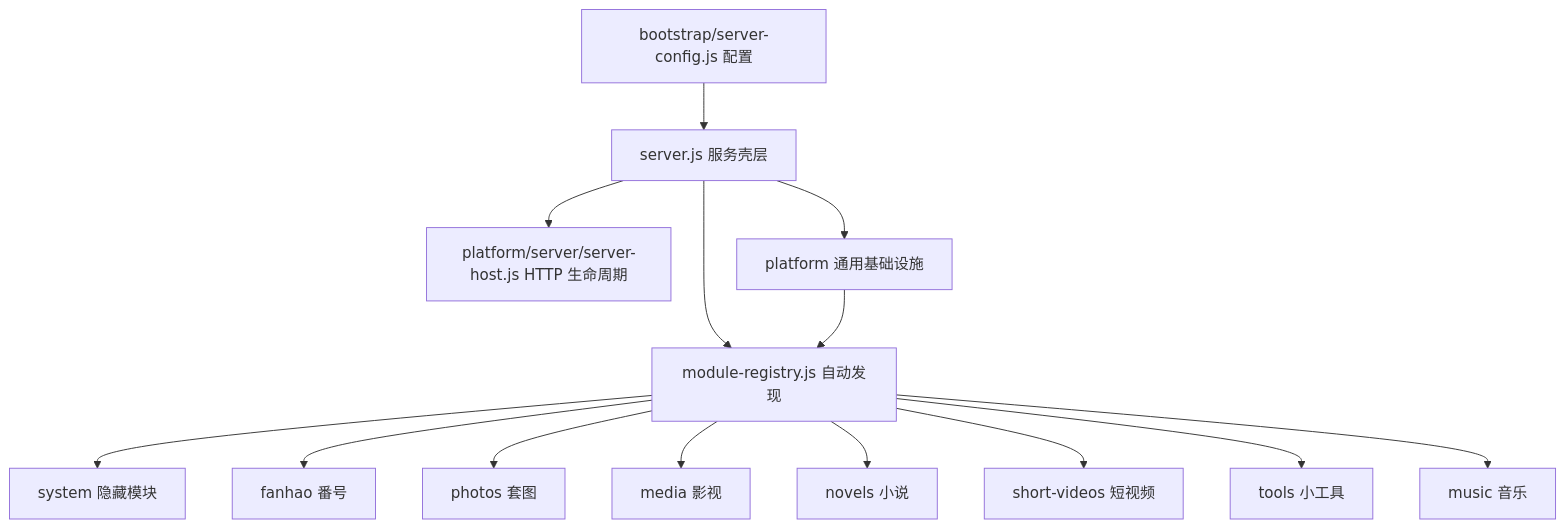
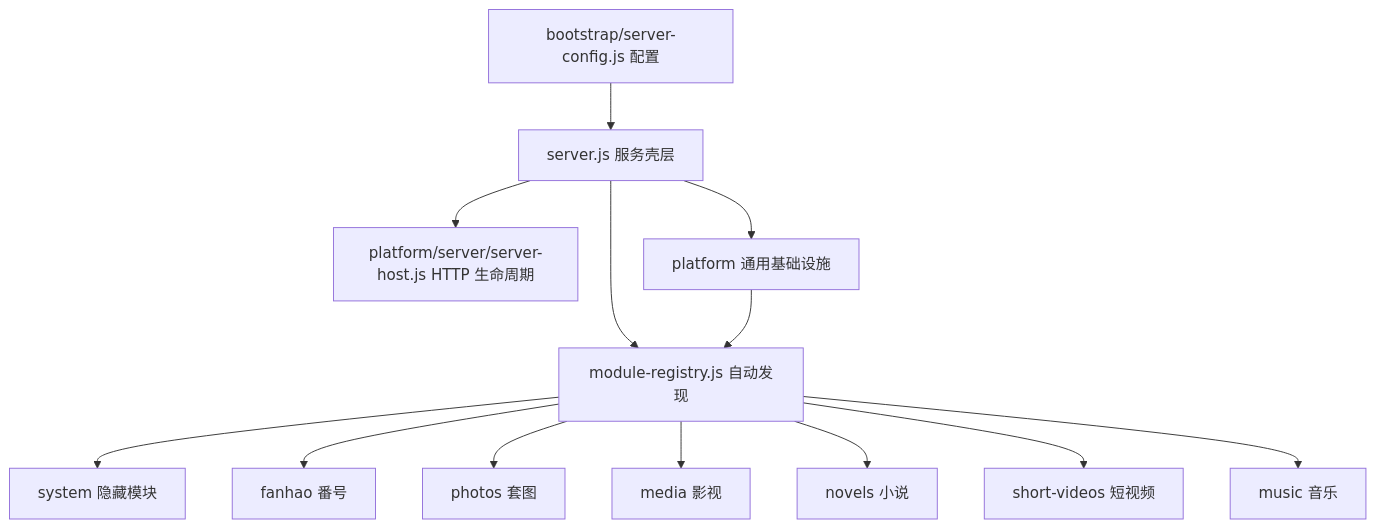
The first of 2 diagrams in docs/server-architecture.md (xincheng213618/FanHao), drawn with Mermaid before and after one commit. The commit also changed other lines of this file and 371 other files, not shown here.

````diff
--- a/docs/server-architecture.md
+++ b/docs/server-architecture.md
@@ -7,16 +7,15 @@
 ```mermaid
 flowchart TD
   Config["bootstrap/server-config.js 配置"] --> Shell["server.js 服务壳层"]
   Shell --> Registry["module-registry.js 自动发现"]
   Shell --> Host["platform/server/server-host.js HTTP 生命周期"]
   Registry --> System["system 隐藏模块"]
   Registry --> Fanhao["fanhao 番号"]
   Registry --> Photos["photos 套图"]
   Registry --> Media["media 影视"]
   Registry --> Novels["novels 小说"]
   Registry --> Short["short-videos 短视频"]
-  Registry --> Tools["tools 小工具"]
   Registry --> Music["music 音乐"]
   Shell --> Platform["platform 通用基础设施"]
   Platform --> Registry
 ```
````
